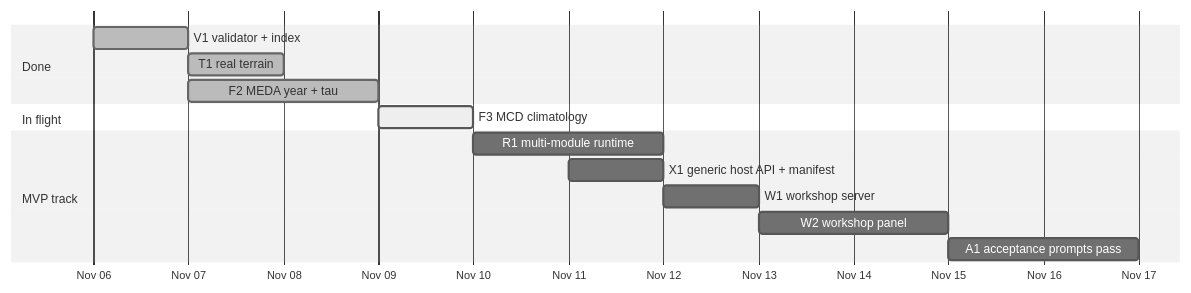
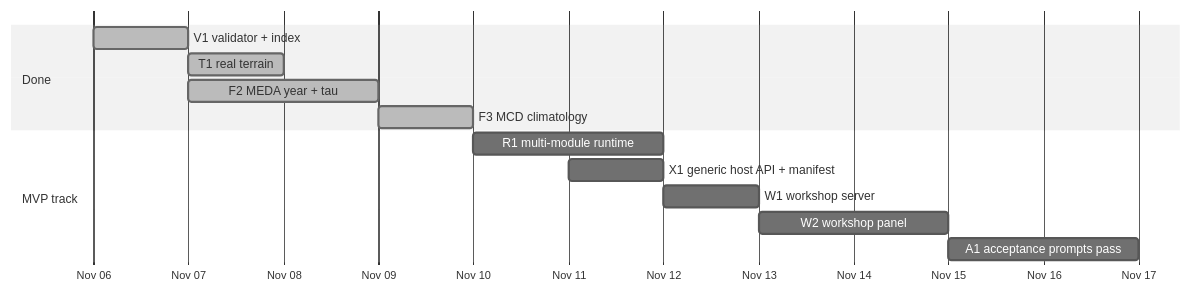
The sixth of 6 diagrams in docs/DEV_GUIDE.md (chingchang/mars-sandbox), drawn with Mermaid (neutral theme) before and after one commit. The commit also changed 3 other files, not shown here.

````diff
--- a/docs/DEV_GUIDE.md
+++ b/docs/DEV_GUIDE.md
@@ -262,17 +262,16 @@
 ```mermaid
 gantt
     dateFormat  YYYY-MM-DD
     axisFormat  %b %d
     section Done
     V1 validator + index          :done, 2026-11-06, 1d
     T1 real terrain               :done, 2026-11-07, 1d
     F2 MEDA year + tau            :done, 2026-11-07, 2d
-    section In flight
-    F3 MCD climatology            :active, 2026-11-09, 1d
+    F3 MCD climatology            :done, 2026-11-09, 1d
     section MVP track
     R1 multi-module runtime       :2026-11-10, 2d
     X1 generic host API + manifest:2026-11-11, 1d
     W1 workshop server            :2026-11-12, 1d
     W2 workshop panel             :2026-11-13, 2d
     A1 acceptance prompts pass    :2026-11-15, 2d
 ```
````
